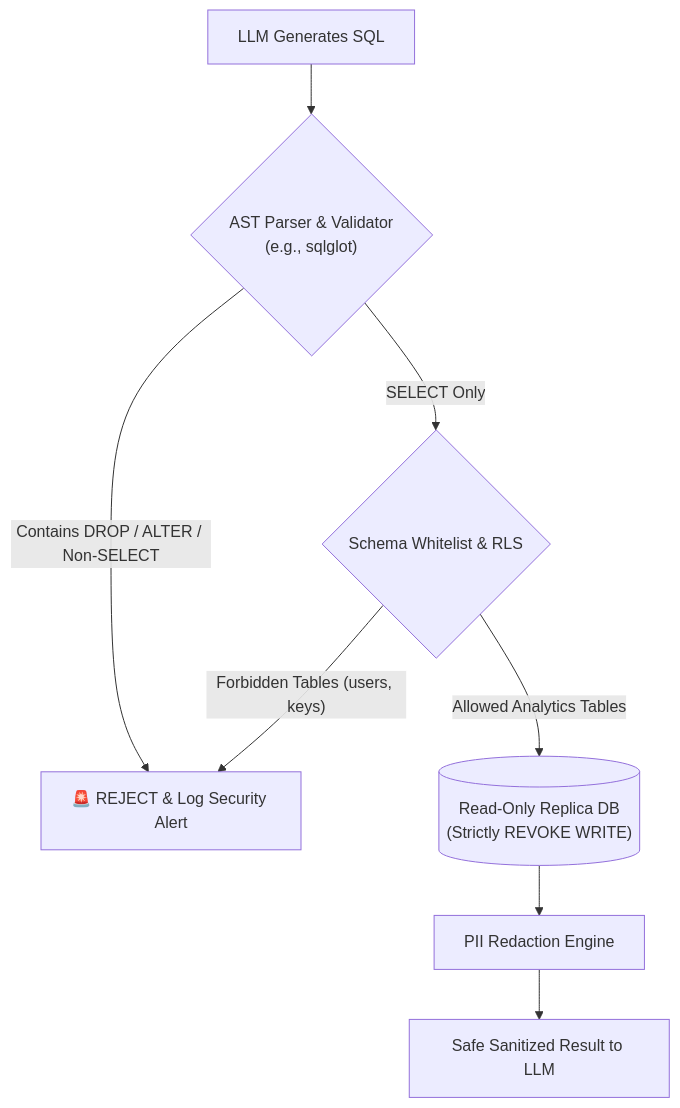
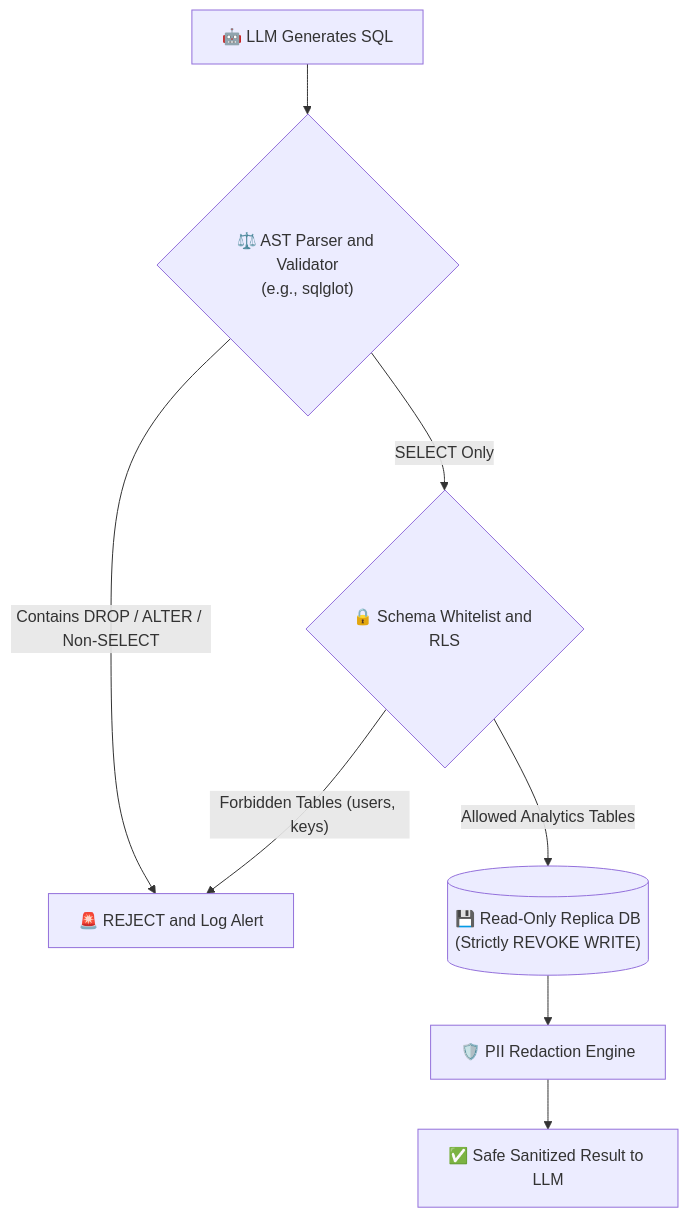
Before and after one commit to dip4k/senior-engineer-to-ai-engineer-roadmap: the fifth of 15 diagrams in resources/beginner-mistakes-cheatsheet.md, drawn with Mermaid. The commit also changed other lines of this file and 94 other files, not shown here.

Commit message:
refactor(curriculum): complete Phase 04 upgrade and enforce diagram renderer invariants

````diff
--- a/resources/beginner-mistakes-cheatsheet.md
+++ b/resources/beginner-mistakes-cheatsheet.md
@@ -417,10 +413,10 @@
 ```mermaid
 flowchart TD
-    LLMQuery["LLM Generates SQL"] --> ASTCheck{"AST Parser & Validator\n(e.g., sqlglot)"}
-    ASTCheck -- "Contains DROP / ALTER / Non-SELECT" --> Reject["🚨 REJECT & Log Security Alert"]
-    ASTCheck -- "SELECT Only" --> RBAC{"Schema Whitelist & RLS"}
+    LLMQuery["🤖 LLM Generates SQL"] --> ASTCheck{"⚖️ AST Parser and Validator\n(e.g., sqlglot)"}
+    ASTCheck -- "Contains DROP / ALTER / Non-SELECT" --> Reject["🚨 REJECT and Log Alert"]
+    ASTCheck -- "SELECT Only" --> RBAC{"🔒 Schema Whitelist and RLS"}
     RBAC -- "Forbidden Tables (users, keys)" --> Reject
-    RBAC -- "Allowed Analytics Tables" --> ReadReplica[("Read-Only Replica DB\n(Strictly REVOKE WRITE)")]
-    ReadReplica --> Masking["PII Redaction Engine"]
-    Masking --> SafeOutput["Safe Sanitized Result to LLM"]
+    RBAC -- "Allowed Analytics Tables" --> ReadReplica[("💾 Read-Only Replica DB\n(Strictly REVOKE WRITE)")]
+    ReadReplica --> Masking["🛡️ PII Redaction Engine"]
+    Masking --> SafeOutput["✅ Safe Sanitized Result to LLM"]
 ```
````
